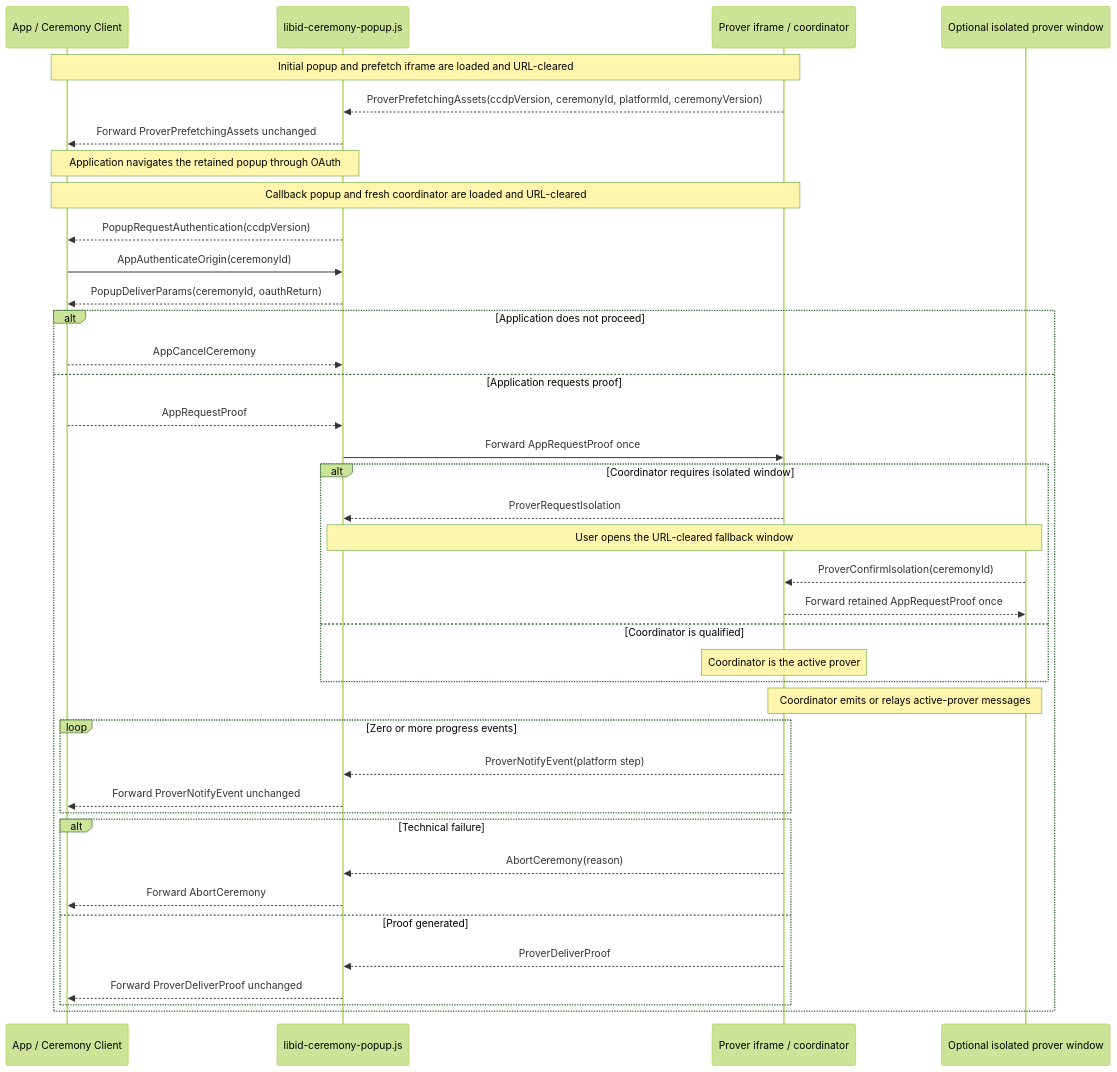
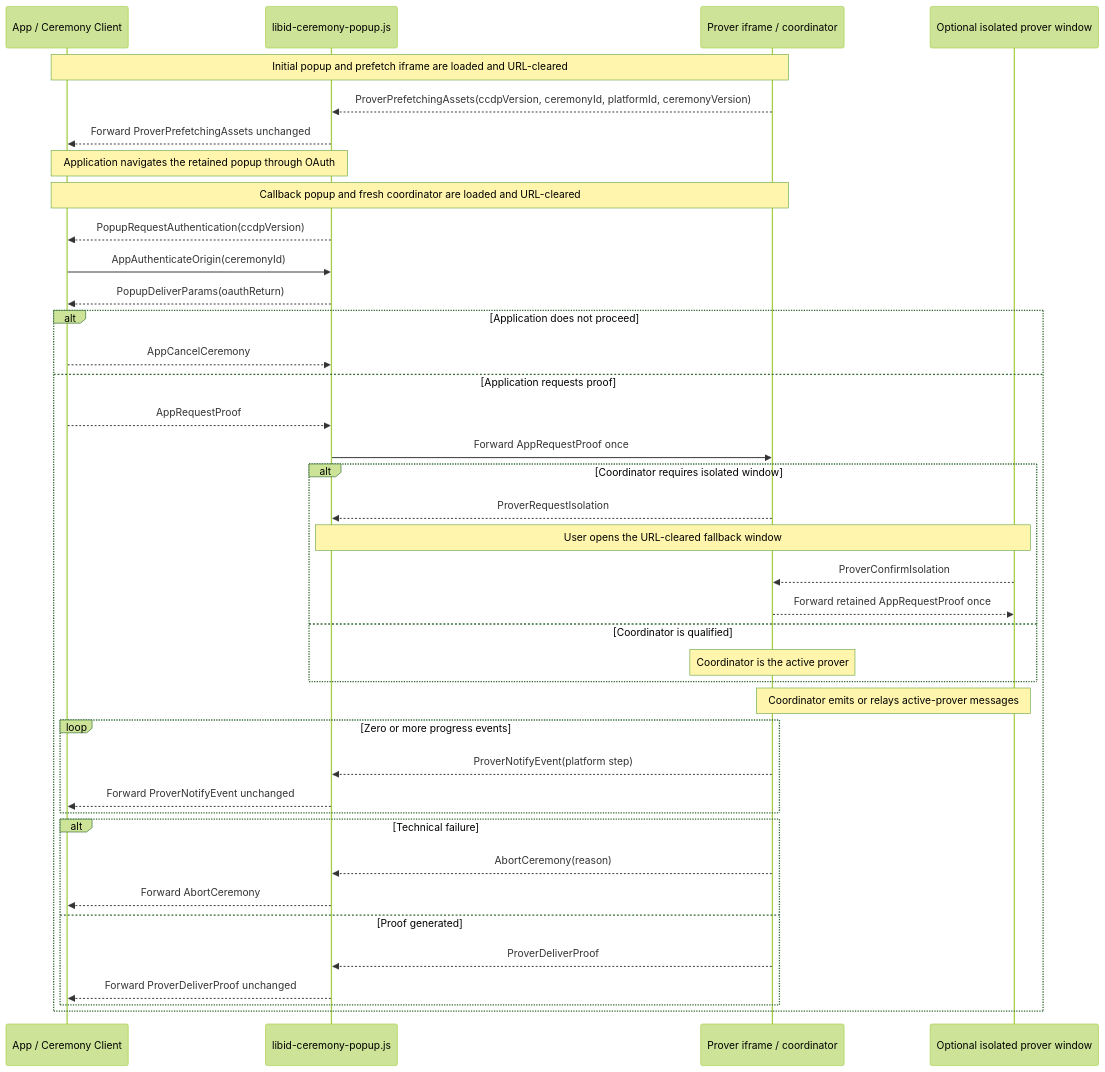
One commit to libid-org/libid changed the diagram in ts/packages/ceremony/CCDP.md. Above: the diagram before and after it, drawn with Mermaid (forest theme). The commit also changed other lines of this file and 6 other files, not shown here.

Commit message:
docs(ceremony): simplify browser architecture

````diff
--- a/ts/packages/ceremony/CCDP.md
+++ b/ts/packages/ceremony/CCDP.md
@@ -443,42 +393,42 @@
 ```mermaid
 sequenceDiagram
     participant A as App / Ceremony Client
     participant C as libid-ceremony-popup.js
     participant P as Prover iframe / coordinator
     participant W as Optional isolated prover window
 
     Note over A,P: Initial popup and prefetch iframe are loaded and URL-cleared
     P-->>C: ProverPrefetchingAssets(ccdpVersion, ceremonyId, platformId, ceremonyVersion)
     C-->>A: Forward ProverPrefetchingAssets unchanged
     Note over A,C: Application navigates the retained popup through OAuth
     Note over A,P: Callback popup and fresh coordinator are loaded and URL-cleared
     C-->>A: PopupRequestAuthentication(ccdpVersion)
     A->>C: AppAuthenticateOrigin(ceremonyId)
-    C-->>A: PopupDeliverParams(ceremonyId, oauthReturn)
+    C-->>A: PopupDeliverParams(oauthReturn)
     alt Application does not proceed
         A-->>C: AppCancelCeremony
     else Application requests proof
         A-->>C: AppRequestProof
         C->>P: Forward AppRequestProof once
         alt Coordinator requires isolated window
             P-->>C: ProverRequestIsolation
             Note over C,W: User opens the URL-cleared fallback window
-            W-->>P: ProverConfirmIsolation(ceremonyId)
+            W-->>P: ProverConfirmIsolation
             P-->>W: Forward retained AppRequestProof once
         else Coordinator is qualified
             Note over P: Coordinator is the active prover
         end
         Note over P,W: Coordinator emits or relays active-prover messages
         loop Zero or more progress events
             P-->>C: ProverNotifyEvent(platform step)
             C-->>A: Forward ProverNotifyEvent unchanged
         end
         alt Technical failure
             P-->>C: AbortCeremony(reason)
             C-->>A: Forward AbortCeremony
         else Proof generated
             P-->>C: ProverDeliverProof
             C-->>A: Forward ProverDeliverProof unchanged
         end
     end
 ```
````
